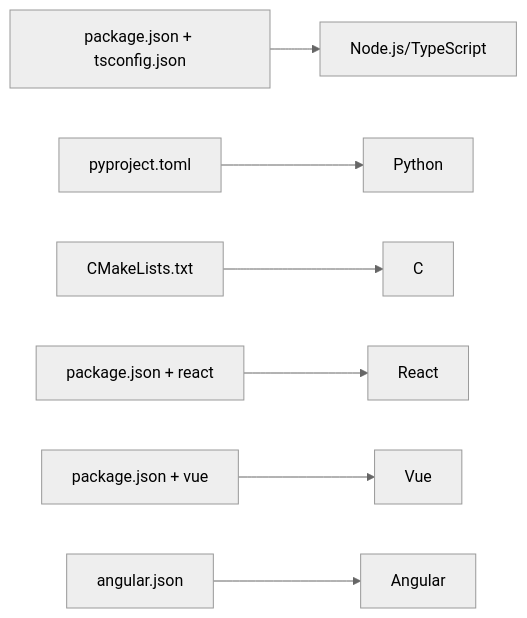
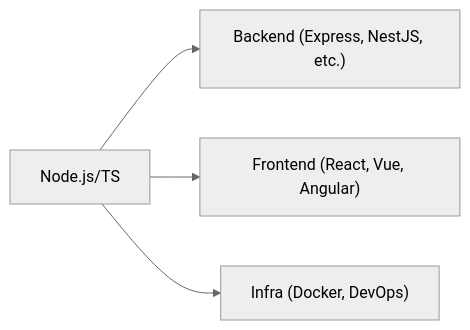
Before and after one commit to dgofreitas/opencode-workflow: the fourth of 4 diagrams in QUICK_REFERENCE.md, drawn with Mermaid (neutral theme). The commit also changed other lines of this file, not shown here.

````diff
--- a/QUICK_REFERENCE.md
+++ b/QUICK_REFERENCE.md
@@ -154,9 +154,6 @@
 ```mermaid
 graph LR
-    A["package.json + tsconfig.json"] --> B["Node.js/TypeScript"]
-    C["pyproject.toml"] --> D["Python"]
-    E["CMakeLists.txt"] --> F["C"]
-    G["package.json + react"] --> H["React"]
-    I["package.json + vue"] --> J["Vue"]
-    K["angular.json"] --> L["Angular"]
+    A["Node.js/TS"] --> B["Backend (Express, NestJS, etc.)"]
+    A --> C["Frontend (React, Vue, Angular)"]
+    A --> D["Infra (Docker, DevOps)"]
 ```
````
